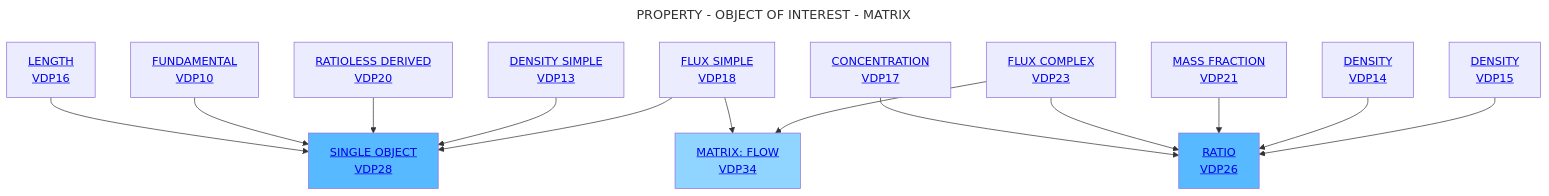
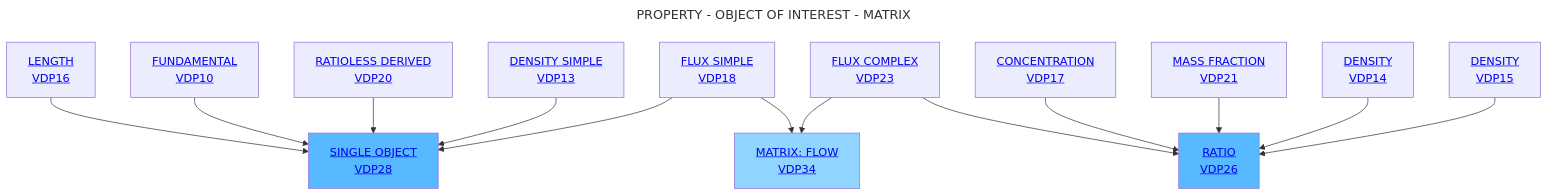
The diagram in Decisition_trees/DT6.mmd (mabablue/I-ADOPT-patterns-playground), drawn with Mermaid before and after one commit. The commit also changed other lines of this file, not shown here.

```diff
--- a/Decisition_trees/DT6.mmd
+++ b/Decisition_trees/DT6.mmd
@@ -1,19 +1,19 @@
 ---
 title: PROPERTY - OBJECT OF INTEREST - MATRIX
 ---
 flowchart TD
     A[<a href='https://github.com/mabablue/I-ADOPT-patterns-playground/blob/main/pattern/VDP16.yaml'>LENGTH <br> VDP16</a>] --> C[<a href='https://github.com/mabablue/I-ADOPT-patterns-playground/blob/main/pattern/VDP28.yaml'>SINGLE OBJECT <br> VDP28</a>]:::satblue
     B[<a href='https://github.com/mabablue/I-ADOPT-patterns-playground/blob/main/pattern/VDP10.yaml'>FUNDAMENTAL <br> VDP10</a>]  --> C
     D[<a href='https://github.com/mabablue/I-ADOPT-patterns-playground/blob/main/pattern/VDP20.yaml'>RATIOLESS DERIVED <br> VDP20</a>] --> C
-    M[<a href='https://github.com/mabablue/I-ADOPT-patterns-playground/blob/main/pattern/VDP17.yaml'>CONCENTRATION <br> VDP17</a>] --> F
     H[<a href='https://github.com/mabablue/I-ADOPT-patterns-playground/blob/main/pattern/VDP13.yaml'>DENSITY SIMPLE <br> VDP13</a>] --> C
     I[<a href='https://github.com/mabablue/I-ADOPT-patterns-playground/blob/main/pattern/VDP23.yaml'>FLUX COMPLEX <br> VDP23</a>] --> F  
+    M[<a href='https://github.com/mabablue/I-ADOPT-patterns-playground/blob/main/pattern/VDP17.yaml'>CONCENTRATION <br> VDP17</a>] --> F
     L[<a href='https://github.com/mabablue/I-ADOPT-patterns-playground/blob/main/pattern/VDP21.yaml'>MASS FRACTION <br> VDP21</a>] --> F[<a href='https://github.com/mabablue/I-ADOPT-patterns-playground/blob/main/pattern/VDP26.yaml'>RATIO <br> VDP26</a>]:::satblue
     Q[<a href='https://github.com/mabablue/I-ADOPT-patterns-playground/blob/main/pattern/VDP18.yaml'>FLUX SIMPLE <br> VDP18</a>] --> C
     O[<a href='https://github.com/mabablue/I-ADOPT-patterns-playground/blob/main/pattern/VDP14.yaml'>DENSITY <br> VDP14</a>] --> F
     P[<a href='https://github.com/mabablue/I-ADOPT-patterns-playground/blob/main/pattern/VDP15.yaml'>DENSITY <br> VDP15</a>] --> F
     Q --> K[<a href='https://github.com/mabablue/I-ADOPT-patterns-playground/blob/main/pattern/VDP34.yaml'>MATRIX: FLOW <br> VDP34</a>]:::blue
     I --> K
 
    classDef blue fill:#90D5FF
    classDef satblue fill:#57B9FF
```
